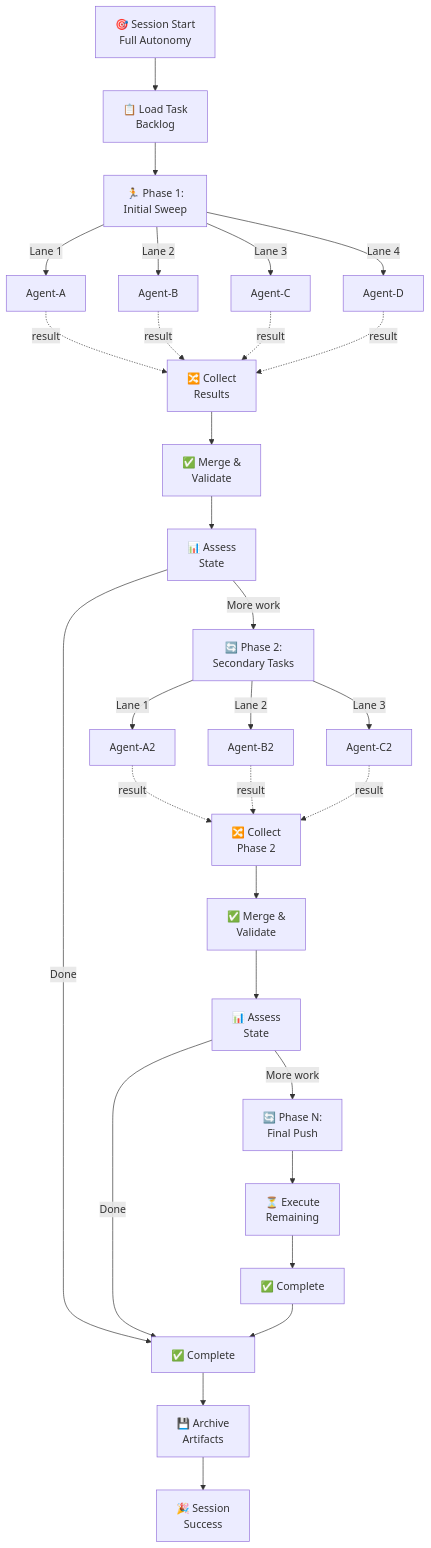
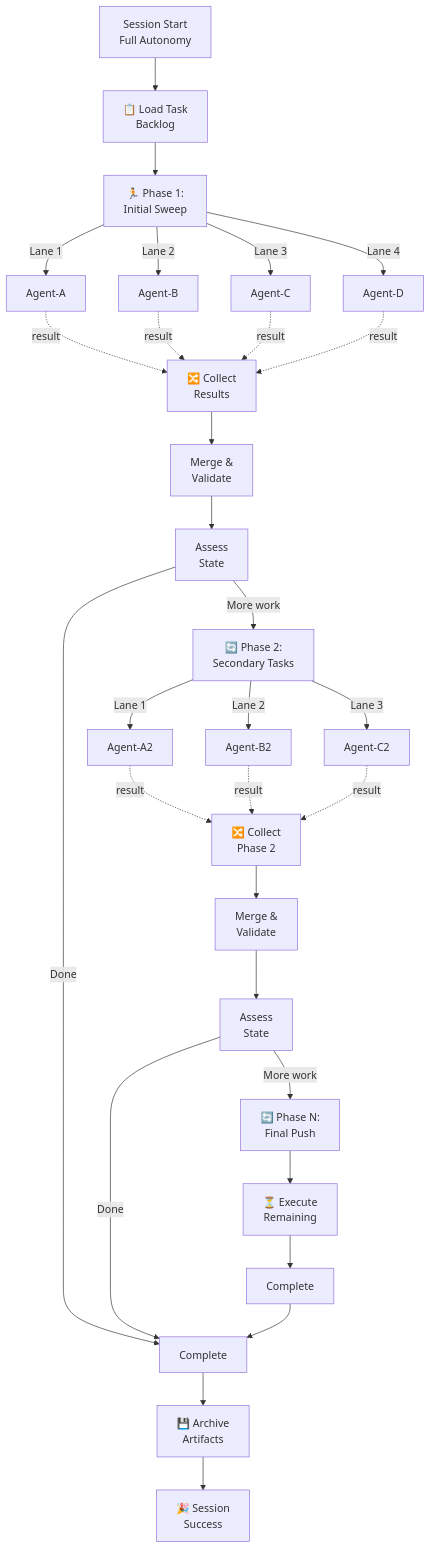
Before and after one commit to Aries-Serpent/_codex_: the tenth of 10 diagrams in docs/agent/CUSTOM_AGENT_COORDINATION_WORKFLOWS.md, drawn with Mermaid. The commit also changed other lines of this file and 2029 other files, not shown here.

````diff
--- a/docs/agent/CUSTOM_AGENT_COORDINATION_WORKFLOWS.md
+++ b/docs/agent/CUSTOM_AGENT_COORDINATION_WORKFLOWS.md
@@ -444,44 +446,44 @@
 ```mermaid
 graph TB
-    A["🎯 Session Start<br/>Full Autonomy"] --> B["📋 Load Task<br/>Backlog"]
+    A[" Session Start<br/>Full Autonomy"] --> B["📋 Load Task<br/>Backlog"]
 
     B --> C["🏃 Phase 1:<br/>Initial Sweep"]
 
     C -->|Lane 1| C1["Agent-A"]
     C -->|Lane 2| C2["Agent-B"]
     C -->|Lane 3| C3["Agent-C"]
     C -->|Lane 4| C4["Agent-D"]
 
     C1 -.->|result| X["🔀 Collect<br/>Results"]
     C2 -.->|result| X
     C3 -.->|result| X
     C4 -.->|result| X
 
-    X --> Y["✅ Merge &<br/>Validate"]
+    X --> Y[" Merge &<br/>Validate"]
 
-    Y --> Z["📊 Assess<br/>State"]
+    Y --> Z[" Assess<br/>State"]
 
     Z -->|More work| AA["🔄 Phase 2:<br/>Secondary Tasks"]
-    Z -->|Done| AB["✅ Complete"]
+    Z -->|Done| AB[" Complete"]
 
     AA -->|Lane 1| AA1["Agent-A2"]
     AA -->|Lane 2| AA2["Agent-B2"]
     AA -->|Lane 3| AA3["Agent-C2"]
 
     AA1 -.->|result| AY["🔀 Collect<br/>Phase 2"]
     AA2 -.->|result| AY
     AA3 -.->|result| AY
 
-    AY --> AZ["✅ Merge &<br/>Validate"]
-    AZ --> BAA["📊 Assess<br/>State"]
+    AY --> AZ[" Merge &<br/>Validate"]
+    AZ --> BAA[" Assess<br/>State"]
 
     BAA -->|More work| BB["🔄 Phase N:<br/>Final Push"]
     BAA -->|Done| AB
 
     BB --> BC["⏳ Execute<br/>Remaining"]
-    BC --> BD["✅ Complete"]
+    BC --> BD[" Complete"]
     BD --> AB
 
     AB --> AC["💾 Archive<br/>Artifacts"]
     AC --> AD["🎉 Session<br/>Success"]
 ```
````
